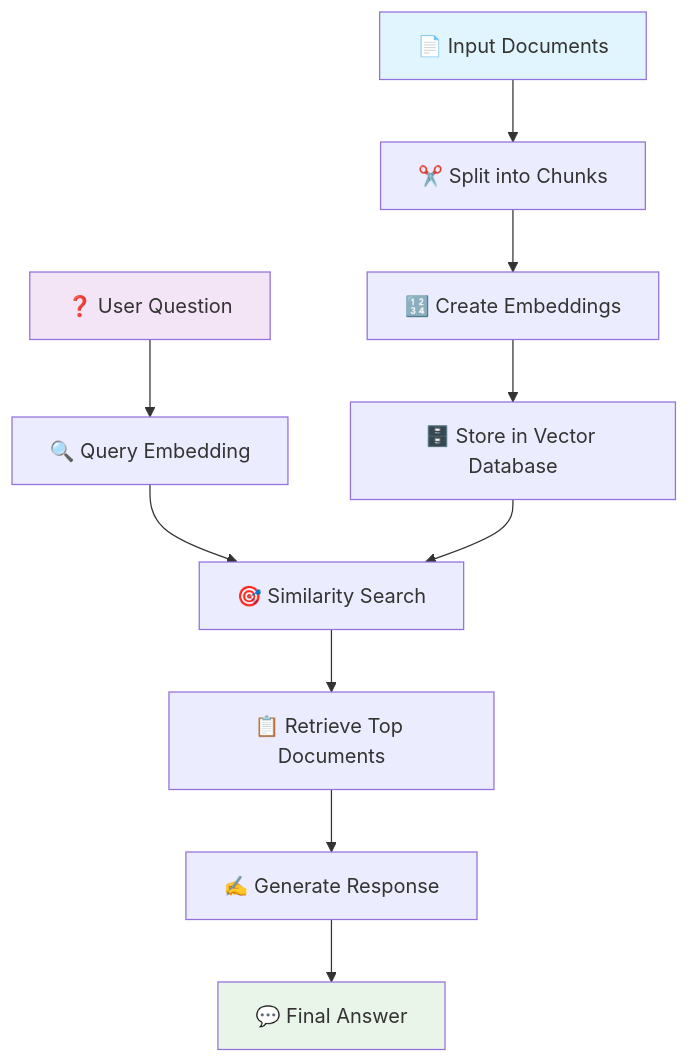
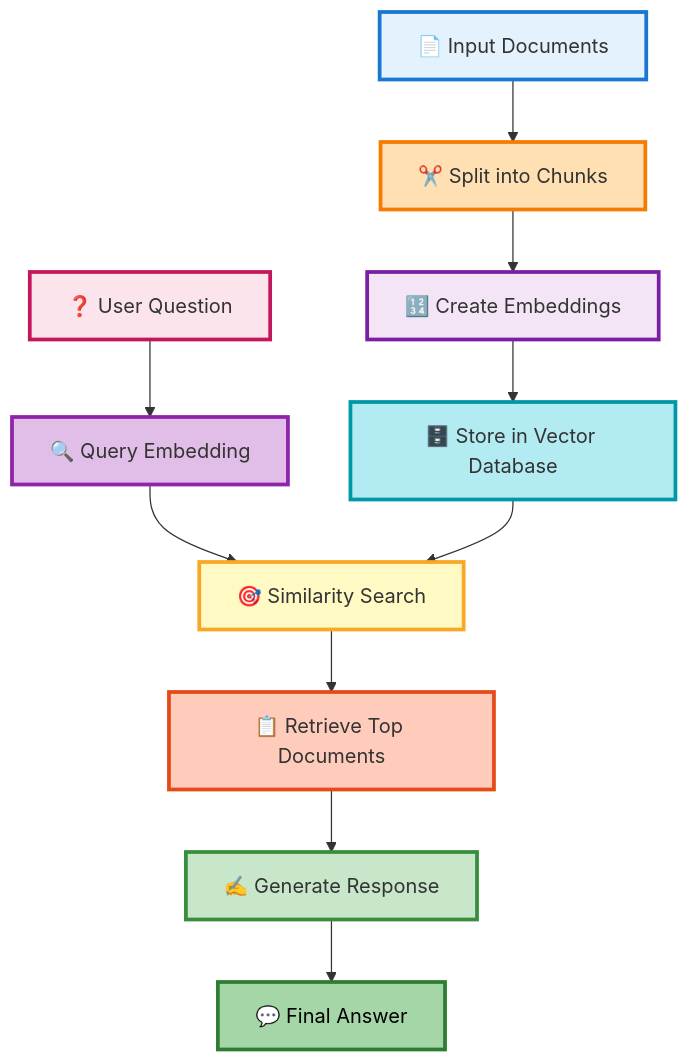
Before and after one commit to Makilesh/RAG_Explained: the diagram in RAG_knowledge.md, drawn with Mermaid.

Commit message:
color the diagrams

````diff
--- a/RAG_knowledge.md
+++ b/RAG_knowledge.md
@@ -13,19 +13,26 @@
 ```mermaid
 graph TD
     A[📄 Input Documents] --> B[✂️ Split into Chunks]
     B --> C[🔢 Create Embeddings]
     C --> D[🗄️ Store in Vector Database]
     
     E[❓ User Question] --> F[🔍 Query Embedding]
     F --> G[🎯 Similarity Search]
     G --> H[📋 Retrieve Top Documents]
     
     H --> I[✍️ Generate Response]
     D --> G
     
     I --> J[💬 Final Answer]
     
-    style A fill:#e1f5fe
-    style E fill:#f3e5f5
-    style J fill:#e8f5e8
+    style A fill:#e3f2fd,stroke:#1976d2,stroke-width:3px
+    style B fill:#ffe0b2,stroke:#f57c00,stroke-width:3px
+    style C fill:#f3e5f5,stroke:#7b1fa2,stroke-width:3px
+    style D fill:#b2ebf2,stroke:#0097a7,stroke-width:3px
+    style E fill:#fce4ec,stroke:#c2185b,stroke-width:3px
+    style F fill:#e1bee7,stroke:#8e24aa,stroke-width:3px
+    style G fill:#fff9c4,stroke:#f9a825,stroke-width:3px
+    style H fill:#ffccbc,stroke:#e64a19,stroke-width:3px
+    style I fill:#c8e6c9,stroke:#388e3c,stroke-width:3px
+    style J fill:#a5d6a7,stroke:#2e7d32,stroke-width:3px,color:#000
 ```
````
